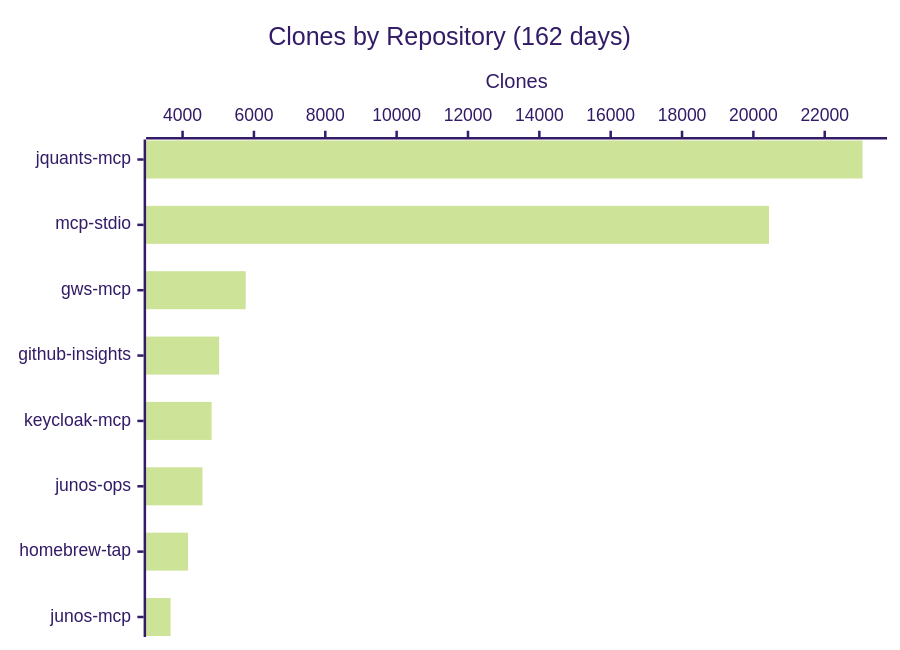
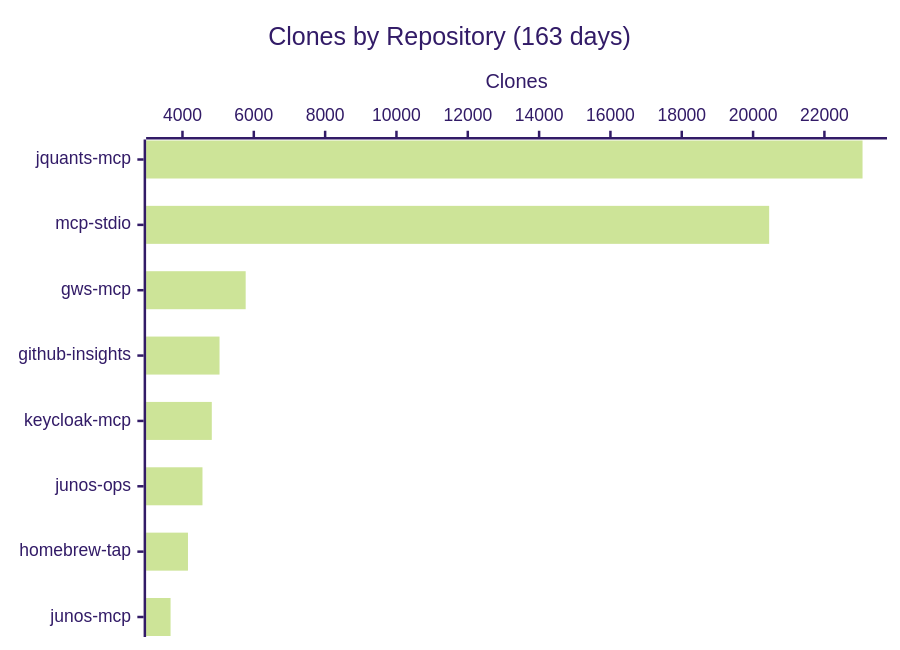
One commit to shigechika/github-insights changed the fourth of 4 diagrams in README.md. Above: the diagram before and after it, drawn with Mermaid (forest theme). The commit also changed other lines of this file and 2 other files, not shown here.

````diff
--- a/README.md
+++ b/README.md
@@ -58,7 +58,7 @@
 ```mermaid
 xychart-beta horizontal
-    title "Clones by Repository (162 days)"
+    title "Clones by Repository (163 days)"
     x-axis ["jquants-mcp", "mcp-stdio", "gws-mcp", "github-insights", "keycloak-mcp", "junos-ops", "homebrew-tap", "junos-mcp"]
     y-axis "Clones"
-    bar [23060, 20438, 5769, 5024, 4814, 4557, 4153, 3663]
+    bar [23069, 20451, 5772, 5039, 4822, 4561, 4154, 3666]
 ```
````
